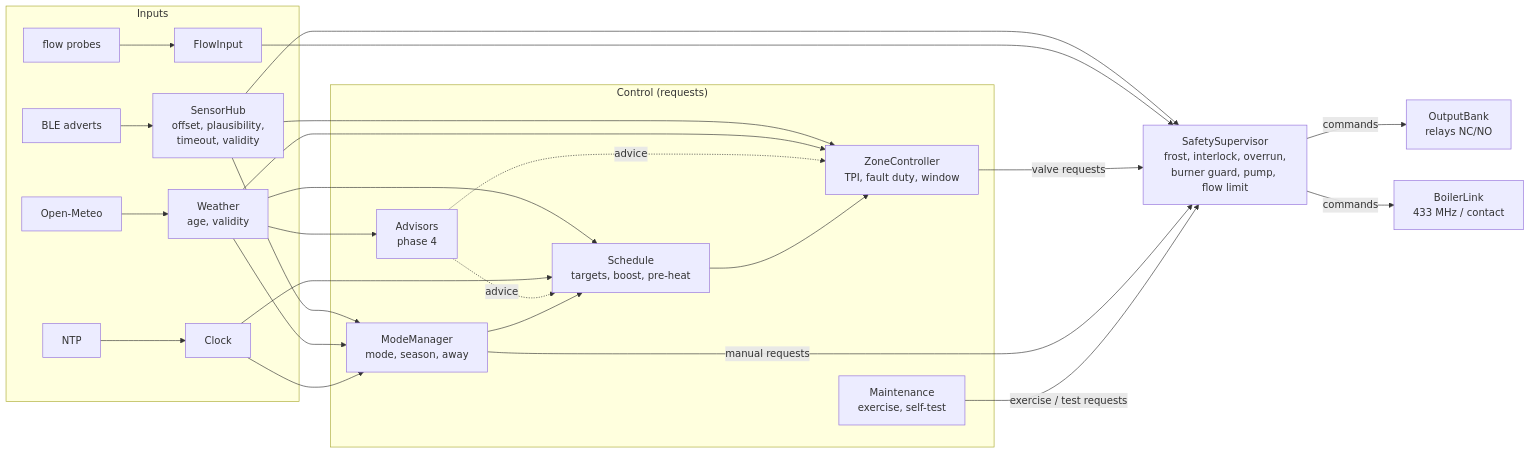
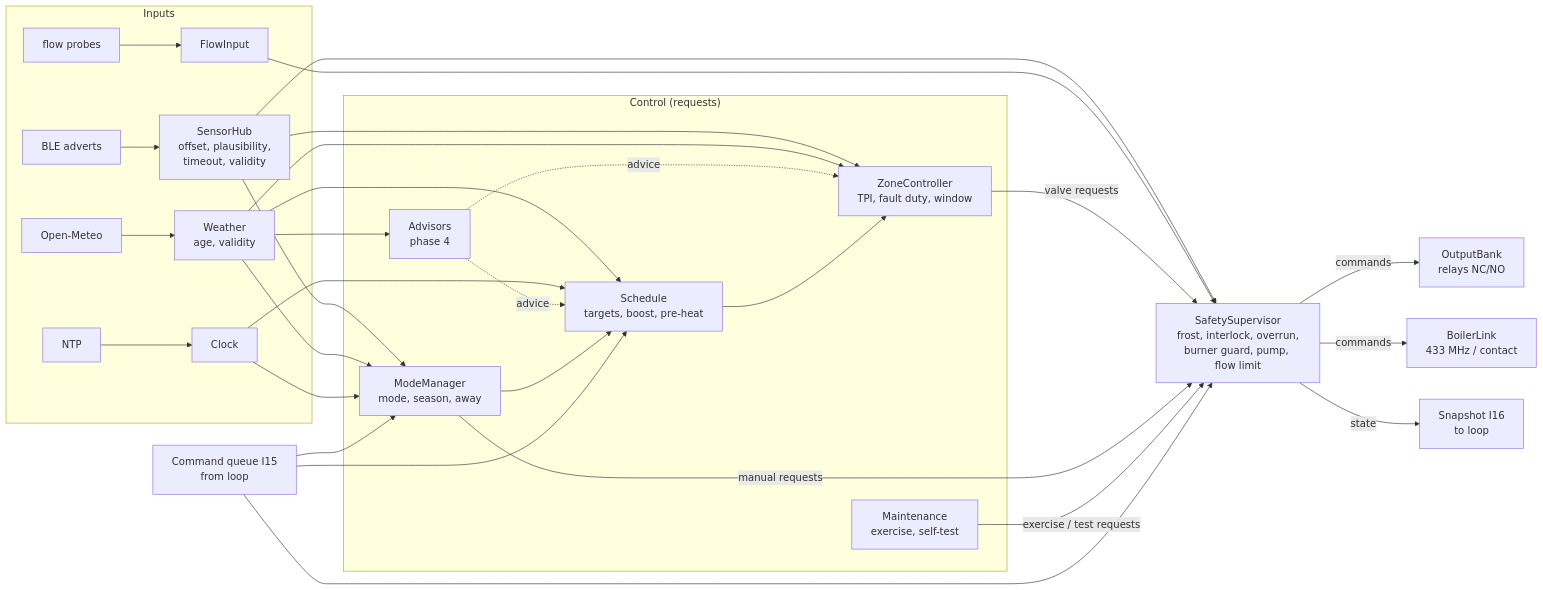
The diagram in docs/architecture.md (RoDTOX/smart-home-heating), drawn with Mermaid before and after one commit. The commit also changed other lines of this file and 5 other files, not shown here.

````diff
--- a/docs/architecture.md
+++ b/docs/architecture.md
@@ -264,28 +305,30 @@
 ```mermaid
 flowchart LR
   subgraph Inputs
     BLE[BLE adverts] --> SH[SensorHub<br/>offset, plausibility,<br/>timeout, validity]
     OM[Open-Meteo] --> WX[Weather<br/>age, validity]
     NTP --> CK[Clock]
     FP[flow probes] --> FI[FlowInput]
   end
   subgraph Control["Control (requests)"]
     MM[ModeManager<br/>mode, season, away]
     SC[Schedule<br/>targets, boost, pre-heat]
     ZC[ZoneController<br/>TPI, fault duty, window]
     MT[Maintenance<br/>exercise, self-test]
     AD[Advisors<br/>phase 4]
   end
   SS[SafetySupervisor<br/>frost, interlock, overrun,<br/>burner guard, pump, flow limit]
   SH --> ZC & SS & MM
   WX --> SC & ZC & MM & AD
   CK --> SC & MM
   FI --> SS
   AD -. advice .-> SC & ZC
   MM --> SC --> ZC
   ZC -- valve requests --> SS
   MM -- manual requests --> SS
   MT -- exercise / test requests --> SS
   SS -- commands --> OB[OutputBank<br/>relays NC/NO]
   SS -- commands --> BL[BoilerLink<br/>433 MHz / contact]
+  CQ[Command queue I15<br/>from loop] --> MM & SC & SS
+  SS -- state --> SN[Snapshot I16<br/>to loop]
 ```
````
